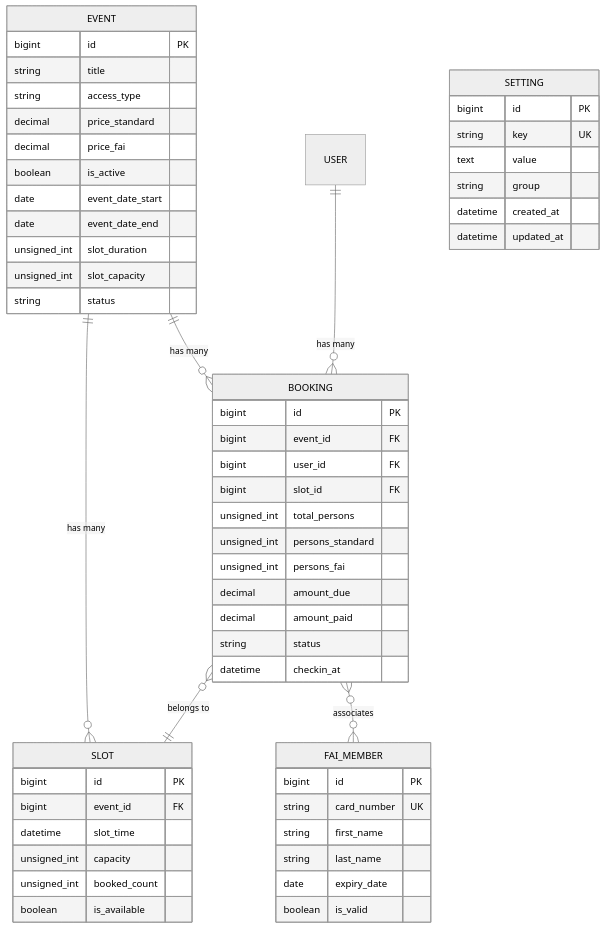
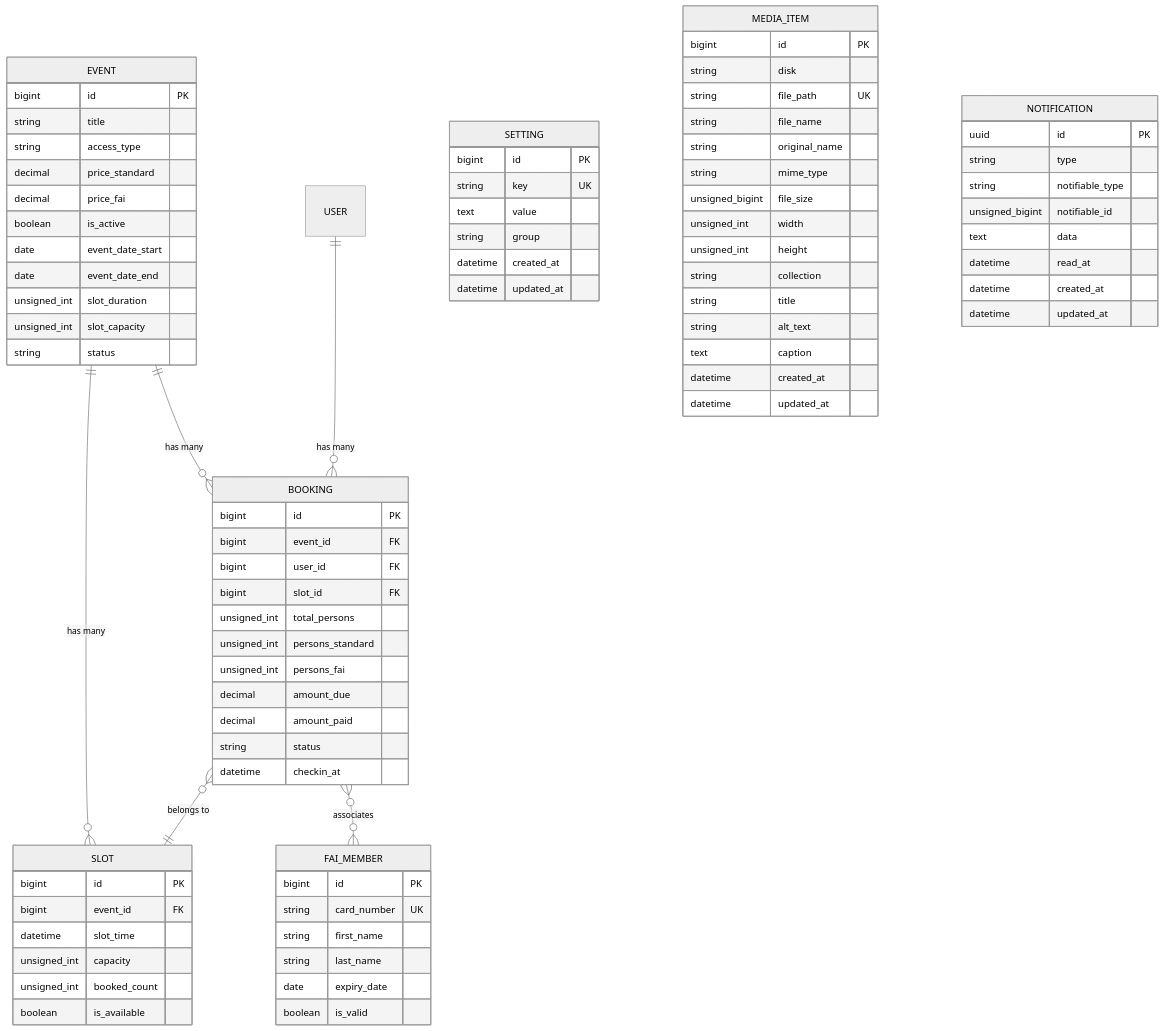
The diagram in wiki/Architettura-e-Database.md (alexvezz87/dfn-laravel), drawn with Mermaid (neutral theme) before and after one commit. The commit also changed other lines of this file and 17 other files, not shown here.

````diff
--- a/wiki/Architettura-e-Database.md
+++ b/wiki/Architettura-e-Database.md
@@ -68,4 +68,33 @@
         datetime created_at
         datetime updated_at
     }
+
+    MEDIA_ITEM {
+        bigint id PK
+        string disk
+        string file_path UK
+        string file_name
+        string original_name
+        string mime_type
+        unsigned_bigint file_size
+        unsigned_int width
+        unsigned_int height
+        string collection
+        string title
+        string alt_text
+        text caption
+        datetime created_at
+        datetime updated_at
+    }
+
+    NOTIFICATION {
+        uuid id PK
+        string type
+        string notifiable_type
+        unsigned_bigint notifiable_id
+        text data
+        datetime read_at
+        datetime created_at
+        datetime updated_at
+    }
 ```
````
